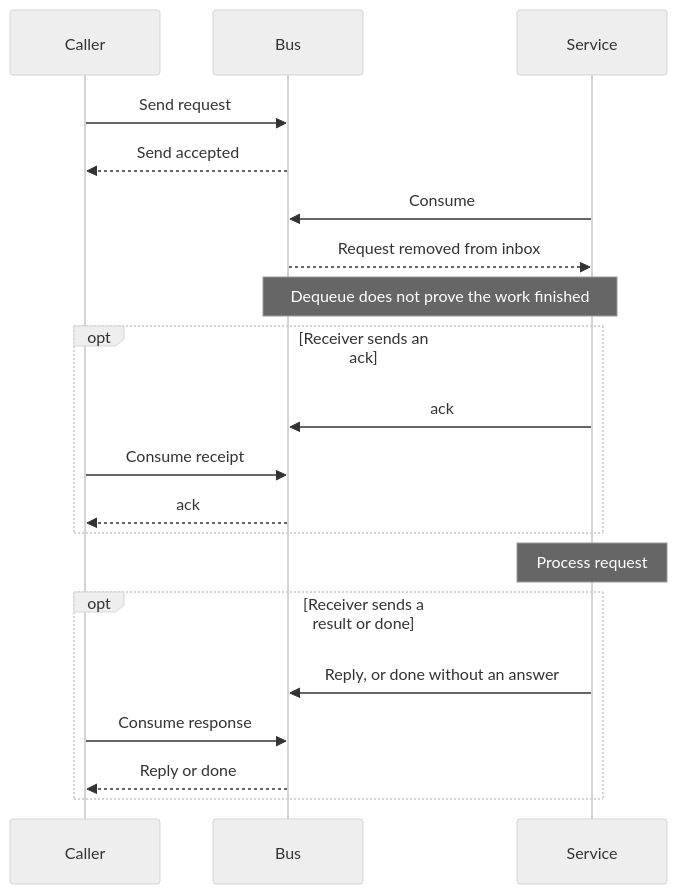
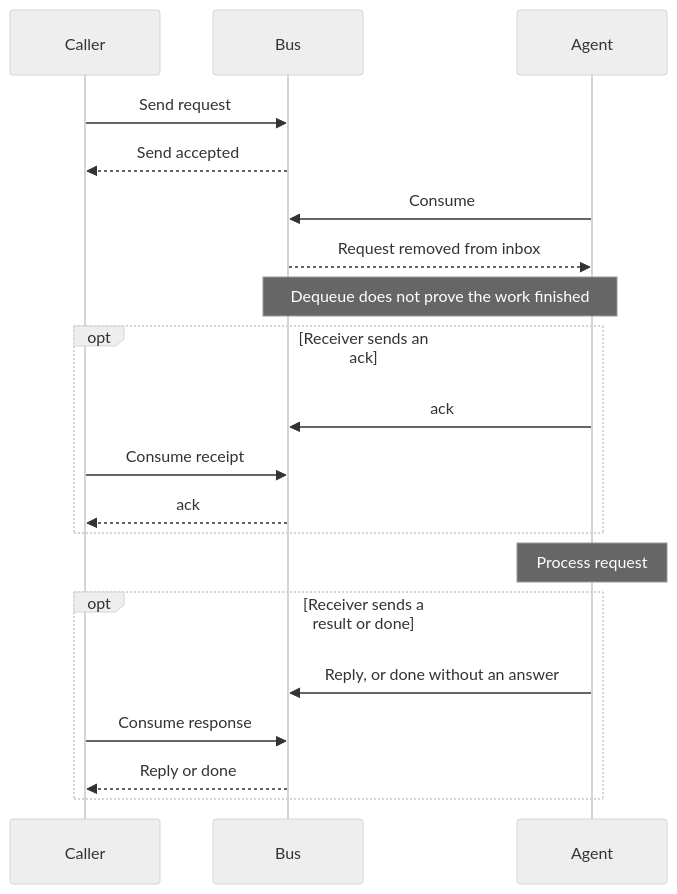
One commit to parf/ai-agent-bus changed the diagram in docs/04-messaging.md. Above: the diagram before and after it, drawn with Mermaid (neutral theme). The commit also changed other lines of this file and 25 other files, not shown here.

````diff
--- a/docs/04-messaging.md
+++ b/docs/04-messaging.md
@@ -237,22 +237,22 @@
 ```mermaid
 sequenceDiagram
     participant C as Caller
     participant B as Bus
-    participant S as Service
+    participant S as Agent
     C->>B: Send request
     B-->>C: Send accepted
     S->>B: Consume
     B-->>S: Request removed from inbox
     Note over B,S: Dequeue does not prove the work finished
     opt Receiver sends an ack
         S->>B: ack
         C->>B: Consume receipt
         B-->>C: ack
     end
     Note over S: Process request
     opt Receiver sends a result or done
         S->>B: Reply, or done without an answer
         C->>B: Consume response
         B-->>C: Reply or done
     end
 ```
````
